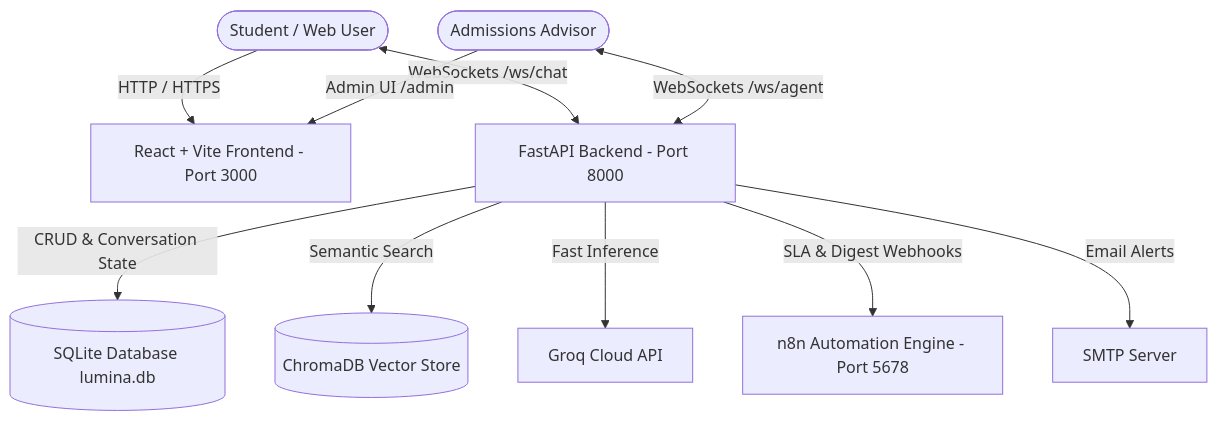
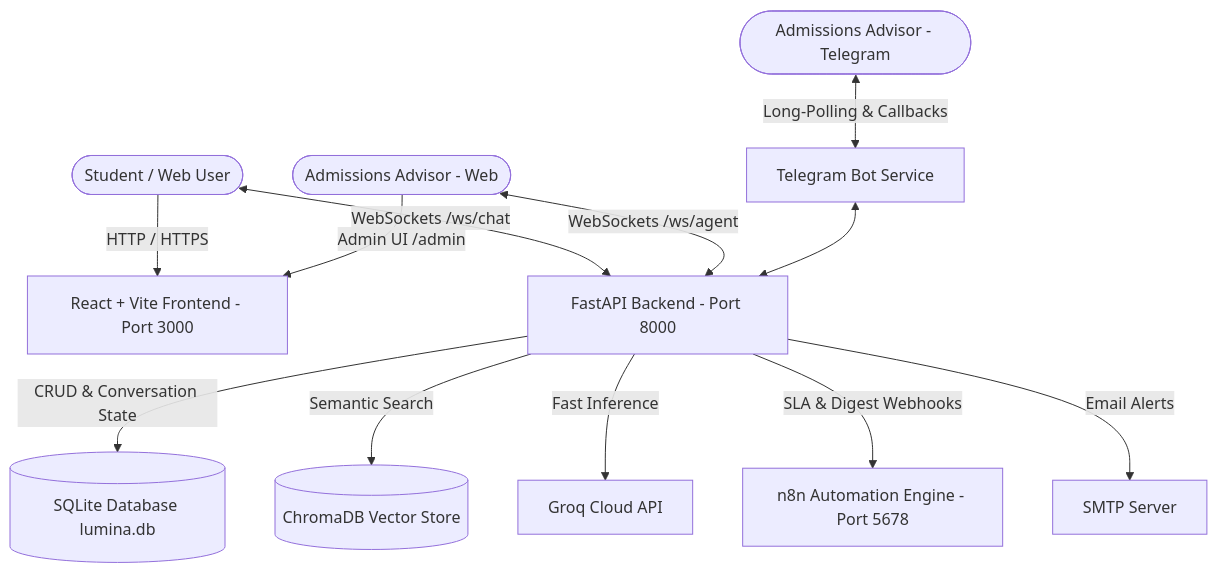
Before and after one commit to Brxynxr/PruebaDesempe-oAI: the diagram in README.md, drawn with Mermaid. The commit also changed other lines of this file and 37 other files, not shown here.

````diff
--- a/README.md
+++ b/README.md
@@ -42,13 +47,15 @@
 ```mermaid
 graph TD
     Student([Student / Web User]) -->|HTTP / HTTPS| Frontend[React + Vite Frontend - Port 3000]
     Student <-->|WebSockets /ws/chat| Backend[FastAPI Backend - Port 8000]
-    Advisor([Admissions Advisor]) -->|Admin UI /admin| Frontend
+    Advisor([Admissions Advisor - Web]) -->|Admin UI /admin| Frontend
     Advisor <-->|WebSockets /ws/agent| Backend
+    AdvisorTG([Admissions Advisor - Telegram]) <-->|Long-Polling & Callbacks| TelegramBot[Telegram Bot Service]
+    TelegramBot <--> Backend
     
     Backend -->|CRUD & Conversation State| DB[(SQLite Database lumina.db)]
     Backend -->|Semantic Search| Chroma[(ChromaDB Vector Store)]
     Backend -->|Fast Inference| Groq[Groq Cloud API]
     Backend -->|SLA & Digest Webhooks| n8n[n8n Automation Engine - Port 5678]
     Backend -->|Email Alerts| SMTP[SMTP Server]
 ```
````
